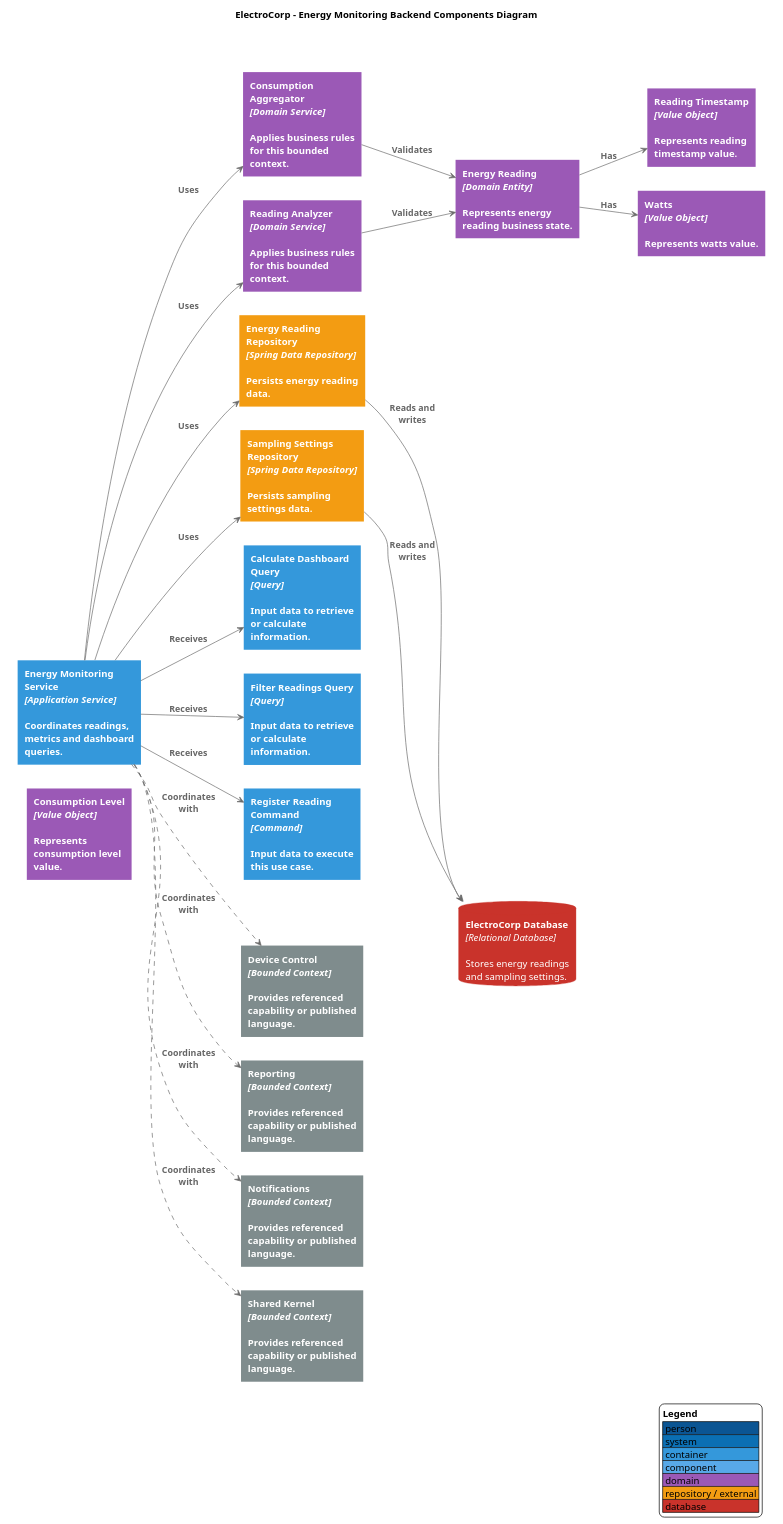
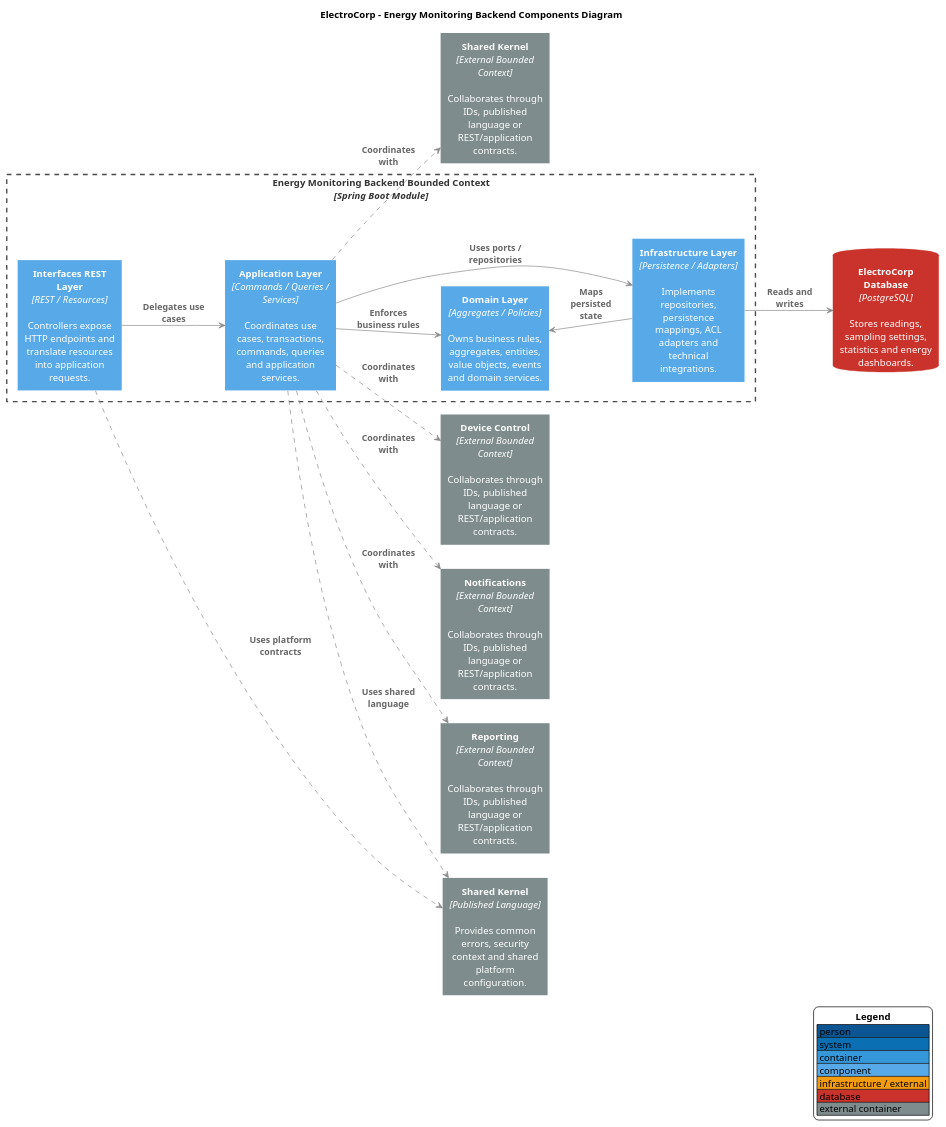
The diagram in docs/diagrams/components/backend/bounded-contexts/energy-monitoring-backend-components.puml (upc-pre-202610-1asi0729-11896-ecorp/electrocorp-report), drawn with PlantUML before and after one commit. The commit also changed 29 other files, not shown here.

Commit message:
docs(c4): reorganize component diagrams by context and layers

```diff
--- a/docs/diagrams/components/backend/bounded-contexts/energy-monitoring-backend-components.puml
+++ b/docs/diagrams/components/backend/bounded-contexts/energy-monitoring-backend-components.puml
@@ -1,74 +1,77 @@
 @startuml
 skinparam backgroundColor #FFFFFF
 skinparam shadowing false
 skinparam defaultFontName Arial
-skinparam wrapWidth 170
-skinparam maxMessageSize 90
-skinparam ArrowColor #6B6B6B
+skinparam defaultTextAlignment center
+skinparam wrapWidth 145
+skinparam maxMessageSize 95
+skinparam ArrowColor #8A8A8A
 skinparam ArrowFontColor #666666
 skinparam ArrowFontStyle bold
+skinparam ArrowThickness 1
 skinparam rectangleRoundCorner 0
 skinparam rectangleBorderThickness 0
 skinparam rectangleFontColor #FFFFFF
-skinparam rectangleFontStyle bold
-skinparam packageStyle rectangle
-skinparam packageBorderColor #555555
-skinparam packageBackgroundColor transparent
-skinparam packageFontColor #444444
-skinparam packageFontStyle bold
+skinparam rectangleFontStyle plain
+skinparam rectangle {
+  BorderThickness 0
+}
+skinparam rectangle<<BoundedContext>> {
+  BackgroundColor transparent
+  BorderColor #4A4A4A
+  BorderThickness 2
+  BorderStyle dashed
+  FontColor #333333
+  FontStyle bold
+}
 skinparam databaseBackgroundColor #C9332B
 skinparam databaseBorderColor #C9332B
 skinparam databaseFontColor #FFFFFF
+skinparam databaseFontStyle plain
 hide stereotype
-title ElectroCorp - Energy Monitoring Backend Components Diagram
 left to right direction
 
-package "Energy Monitoring Backend Bounded Context\n[container]" {
-  rectangle "<b>Energy Monitoring Service</b>\n<i>[Application Service]</i>\n\nCoordinates readings, metrics and dashboard queries." as Service #3498DB
-  rectangle "<b>Register Reading Command</b>\n<i>[Command]</i>\n\nInput data to execute this use case." as C0 #3498DB
-  rectangle "<b>Filter Readings Query</b>\n<i>[Query]</i>\n\nInput data to retrieve or calculate information." as C1 #3498DB
-  rectangle "<b>Calculate Dashboard Query</b>\n<i>[Query]</i>\n\nInput data to retrieve or calculate information." as C2 #3498DB
-  rectangle "<b>Reading Analyzer</b>\n<i>[Domain Service]</i>\n\nApplies business rules for this bounded context." as D0 #9B59B6
-  rectangle "<b>Consumption Aggregator</b>\n<i>[Domain Service]</i>\n\nApplies business rules for this bounded context." as D1 #9B59B6
-  rectangle "<b>Energy Reading</b>\n<i>[Domain Entity]</i>\n\nRepresents energy reading business state." as E0 #9B59B6
-  rectangle "<b>Watts</b>\n<i>[Value Object]</i>\n\nRepresents watts value." as V0 #9B59B6
-  rectangle "<b>Reading Timestamp</b>\n<i>[Value Object]</i>\n\nRepresents reading timestamp value." as V1 #9B59B6
-  rectangle "<b>Consumption Level</b>\n<i>[Value Object]</i>\n\nRepresents consumption level value." as V2 #9B59B6
-  rectangle "<b>Energy Reading Repository</b>\n<i>[Spring Data Repository]</i>\n\nPersists energy reading data." as R0 #F39C12
-  rectangle "<b>Sampling Settings Repository</b>\n<i>[Spring Data Repository]</i>\n\nPersists sampling settings data." as R1 #F39C12
+title ElectroCorp - Energy Monitoring Backend Components Diagram
+
+rectangle "<b>Energy Monitoring Backend Bounded Context</b>\n<i>[Spring Boot Module]</i>" as Boundary <<BoundedContext>> {
+  rectangle "<b>Interfaces REST Layer</b>\n<i>[REST / Resources]</i>\n\nControllers expose HTTP endpoints and translate resources into application requests." as Interfaces #58A9E8
+  rectangle "<b>Application Layer</b>\n<i>[Commands / Queries / Services]</i>\n\nCoordinates use cases, transactions, commands, queries and application services." as Application #58A9E8
+  rectangle "<b>Domain Layer</b>\n<i>[Aggregates / Policies]</i>\n\nOwns business rules, aggregates, entities, value objects, events and domain services." as Domain #58A9E8
+  rectangle "<b>Infrastructure Layer</b>\n<i>[Persistence / Adapters]</i>\n\nImplements repositories, persistence mappings, ACL adapters and technical integrations." as Infrastructure #58A9E8
 }
-database "<b>ElectroCorp Database</b>\n<i>[Relational Database]</i>\n\nStores energy readings and sampling settings." as Database
-package "Connected Bounded Contexts\n[external containers]" {
-  rectangle "<b>Device Control</b>\n<i>[Bounded Context]</i>\n\nProvides referenced capability or published language." as Dep0 #7F8C8D
-  rectangle "<b>Reporting</b>\n<i>[Bounded Context]</i>\n\nProvides referenced capability or published language." as Dep1 #7F8C8D
-  rectangle "<b>Notifications</b>\n<i>[Bounded Context]</i>\n\nProvides referenced capability or published language." as Dep2 #7F8C8D
-  rectangle "<b>Shared Kernel</b>\n<i>[Bounded Context]</i>\n\nProvides referenced capability or published language." as Dep3 #7F8C8D
-}
-Service --> C0 : Receives
-Service --> C1 : Receives
-Service --> C2 : Receives
-Service --> D0 : Uses
-Service --> D1 : Uses
-Service --> R0 : Uses
-Service --> R1 : Uses
-D0 --> E0 : Validates
-D1 --> E0 : Validates
-E0 --> V0 : Has
-E0 --> V1 : Has
-R0 --> Database : Reads and writes
-R1 --> Database : Reads and writes
-Service ..> Dep0 : Coordinates with
-Service ..> Dep1 : Coordinates with
-Service ..> Dep2 : Coordinates with
-Service ..> Dep3 : Coordinates with
+
+database "<b>ElectroCorp Database</b>\n<i>[PostgreSQL]</i>\n\nStores readings, sampling settings, statistics and energy dashboards." as Database
+rectangle "<b>Shared Kernel</b>\n<i>[Published Language]</i>\n\nProvides common errors, security context and shared platform configuration." as Shared #7F8C8D
+rectangle "<b>Device Control</b>\n<i>[External Bounded Context]</i>\n\nCollaborates through IDs, published language or REST/application contracts." as Dep0 #7F8C8D
+rectangle "<b>Notifications</b>\n<i>[External Bounded Context]</i>\n\nCollaborates through IDs, published language or REST/application contracts." as Dep1 #7F8C8D
+rectangle "<b>Reporting</b>\n<i>[External Bounded Context]</i>\n\nCollaborates through IDs, published language or REST/application contracts." as Dep2 #7F8C8D
+rectangle "<b>Shared Kernel</b>\n<i>[External Bounded Context]</i>\n\nCollaborates through IDs, published language or REST/application contracts." as Dep3 #7F8C8D
+
+Interfaces --> Application : Delegates use cases
+Application --> Domain : Enforces business rules
+Application --> Infrastructure : Uses ports / repositories
+Infrastructure --> Domain : Maps persisted state
+Infrastructure --> Database : Reads and writes
+Interfaces ..> Shared : Uses platform contracts
+Application ..> Shared : Uses shared language
+Application ..> Dep0 : Coordinates with
+Application ..> Dep1 : Coordinates with
+Application ..> Dep2 : Coordinates with
+Application ..> Dep3 : Coordinates with
+
+Interfaces -[hidden]right- Application
+Application -[hidden]right- Domain
+Domain -[hidden]right- Infrastructure
+
 legend right
   <b>Legend</b>
   |<#0B5593> person |
   |<#0B6FB3> system |
   |<#3498DB> container |
   |<#58A9E8> component |
-  |<#9B59B6> domain |
-  |<#F39C12> repository / external |
+  |<#F39C12> infrastructure / external |
   |<#C9332B> database |
+  |<#7F8C8D> external container |
 endlegend
+
 @enduml
```
